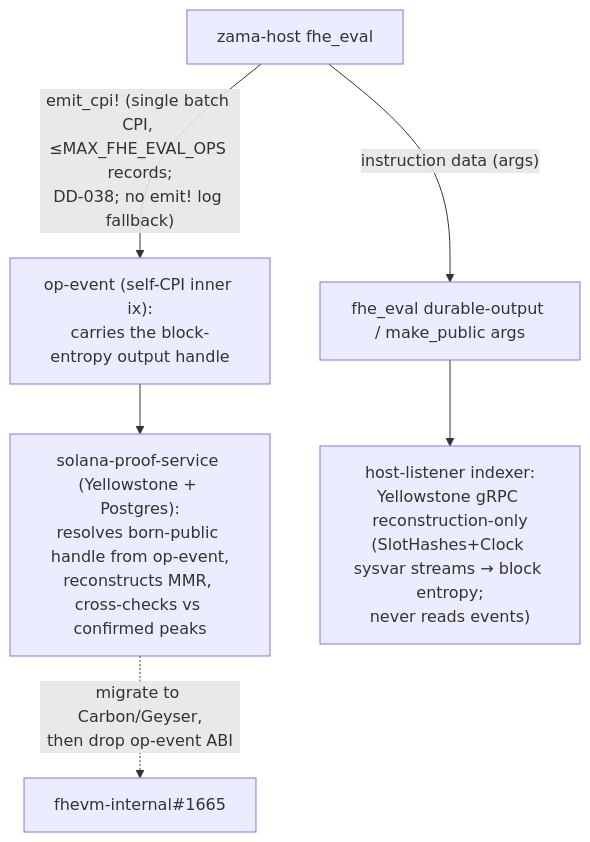
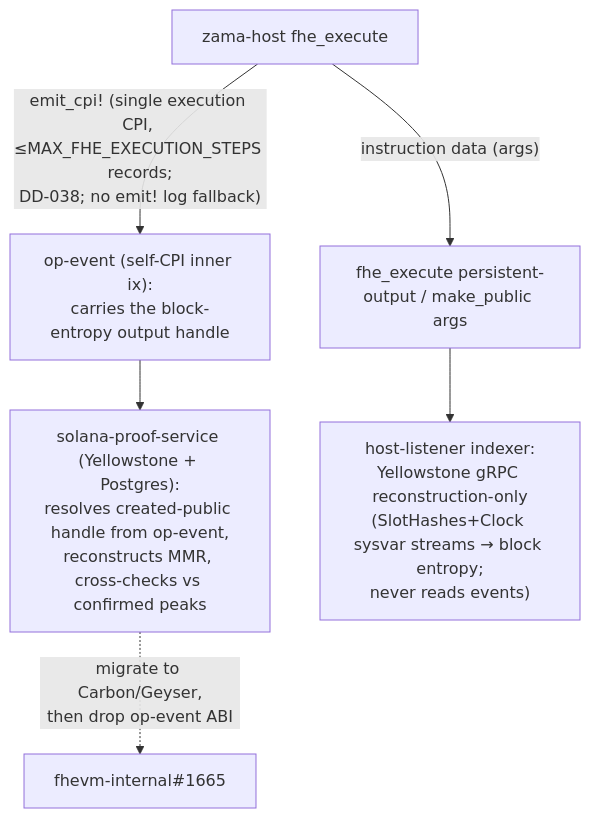
The sixth of 6 diagrams in solana/docs/MMR_ACL_MVP.md (zama-ai/fhevm), drawn with Mermaid before and after one commit. The commit also changed other lines of this file and 387 other files, not shown here.

````diff
--- a/solana/docs/MMR_ACL_MVP.md
+++ b/solana/docs/MMR_ACL_MVP.md
@@ -174,8 +175,8 @@
 ```mermaid
 flowchart TD
-    prog["zama-host fhe_eval"] -->|"emit_cpi! (single batch CPI, ≤MAX_FHE_EVAL_OPS records;<br/>DD-038; no emit! log fallback)"| ev["op-event (self-CPI inner ix):<br/>carries the block-entropy output handle"]
-    prog -->|"instruction data (args)"| ix["fhe_eval durable-output / make_public args"]
-    ev --> proofsvc["solana-proof-service (Yellowstone + Postgres):<br/>resolves born-public handle from op-event,<br/>reconstructs MMR, cross-checks vs confirmed peaks"]
+    prog["zama-host fhe_execute"] -->|"emit_cpi! (single execution CPI, ≤MAX_FHE_EXECUTION_STEPS records;<br/>DD-038; no emit! log fallback)"| ev["op-event (self-CPI inner ix):<br/>carries the block-entropy output handle"]
+    prog -->|"instruction data (args)"| ix["fhe_execute persistent-output / make_public args"]
+    ev --> proofsvc["solana-proof-service (Yellowstone + Postgres):<br/>resolves created-public handle from op-event,<br/>reconstructs MMR, cross-checks vs confirmed peaks"]
     ix --> listener["host-listener indexer:<br/>Yellowstone gRPC reconstruction-only<br/>(SlotHashes+Clock sysvar streams → block entropy;<br/>never reads events)"]
     proofsvc -.->|"migrate to Carbon/Geyser,<br/>then drop op-event ABI"| followup["fhevm-internal#1665"]
 ```
````
